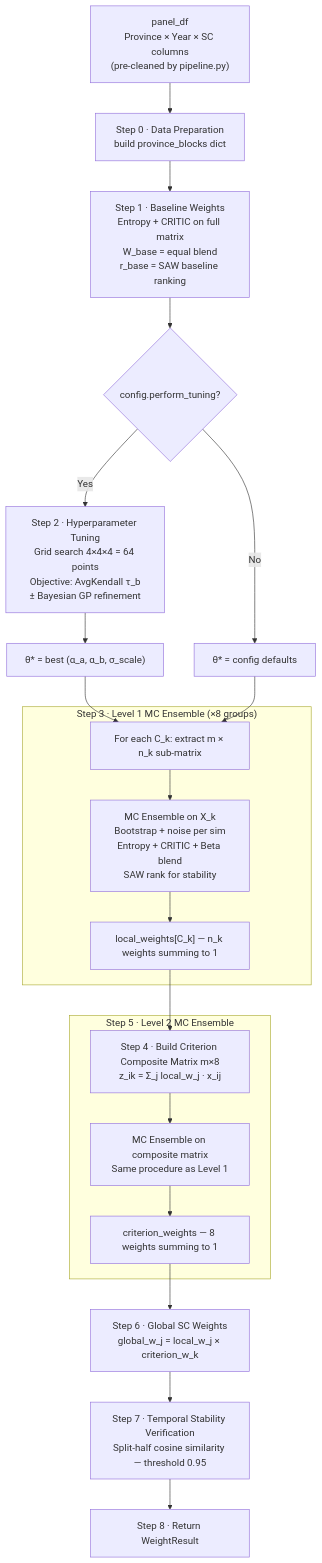
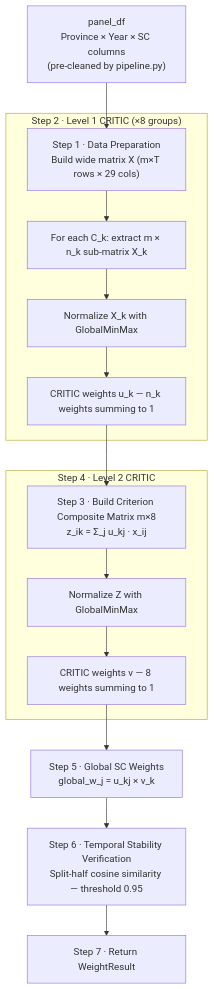
Before and after one commit to hnks-gh/ml-mcdm: the diagram in docs/weighting.md, drawn with Mermaid. The commit also changed other lines of this file and 56 other files, not shown here.

````diff
--- a/docs/weighting.md
+++ b/docs/weighting.md
@@ -73,33 +66,24 @@
 ```mermaid
 flowchart TD
     A["panel_df\nProvince × Year × SC columns\n(pre-cleaned by pipeline.py)"]
-    --> B["Step 0 · Data Preparation\nbuild province_blocks dict"]
+    --> B["Step 1 · Data Preparation\nBuild wide matrix X (m×T rows × 29 cols)"]
 
-    B --> C["Step 1 · Baseline Weights\nEntropy + CRITIC on full matrix\nW_base = equal blend\nr_base = SAW baseline ranking"]
-
-    C --> D{"config.perform_tuning?"}
-    D -- Yes --> E["Step 2 · Hyperparameter Tuning\nGrid search 4×4×4 = 64 points\nObjective: AvgKendall τ_b\n± Bayesian GP refinement"]
-    E --> F["θ* = best (α_a, α_b, σ_scale)"]
-    D -- No --> F2["θ* = config defaults"]
-    F --> G
-    F2 --> G
-
-    subgraph L1["Step 3 · Level 1 MC Ensemble (×8 groups)"]
-      G["For each C_k: extract m × n_k sub-matrix"]
-      --> H["MC Ensemble on X_k\nBootstrap + noise per sim\nEntropy + CRITIC + Beta blend\nSAW rank for stability"]
-      --> I["local_weights[C_k] — n_k weights summing to 1"]
+    subgraph L1["Step 2 · Level 1 CRITIC (×8 groups)"]
+      B --> C["For each C_k: extract m × n_k sub-matrix X_k"]
+      --> D["Normalize X_k with GlobalMinMax"]
+      --> E["CRITIC weights u_k — n_k weights summing to 1"]
     end
 
-    I --> J["Step 4 · Build Criterion Composite Matrix m×8\nz_ik = Σ_j local_w_j · x_ij"]
+    E --> F["Step 3 · Build Criterion Composite Matrix m×8\nz_ik = Σ_j u_kj · x_ij"]
 
-    subgraph L2["Step 5 · Level 2 MC Ensemble"]
-        J --> K["MC Ensemble on composite matrix\nSame procedure as Level 1"]
-        --> L["criterion_weights — 8 weights summing to 1"]
+    subgraph L2["Step 4 · Level 2 CRITIC"]
+        F --> G["Normalize Z with GlobalMinMax"]
+        --> H["CRITIC weights v — 8 weights summing to 1"]
     end
 
-    L --> M["Step 6 · Global SC Weights\nglobal_w_j = local_w_j × criterion_w_k"]
+    H --> I["Step 5 · Global SC Weights\nglobal_w_j = u_kj × v_k"]
 
-    M --> N["Step 7 · Temporal Stability Verification\nSplit-half cosine similarity — threshold 0.95"]
+    I --> J["Step 6 · Temporal Stability Verification\nSplit-half cosine similarity — threshold 0.95"]
 
-    N --> O["Step 8 · Return WeightResult"]
+    J --> K["Step 7 · Return WeightResult"]
 ```
````
